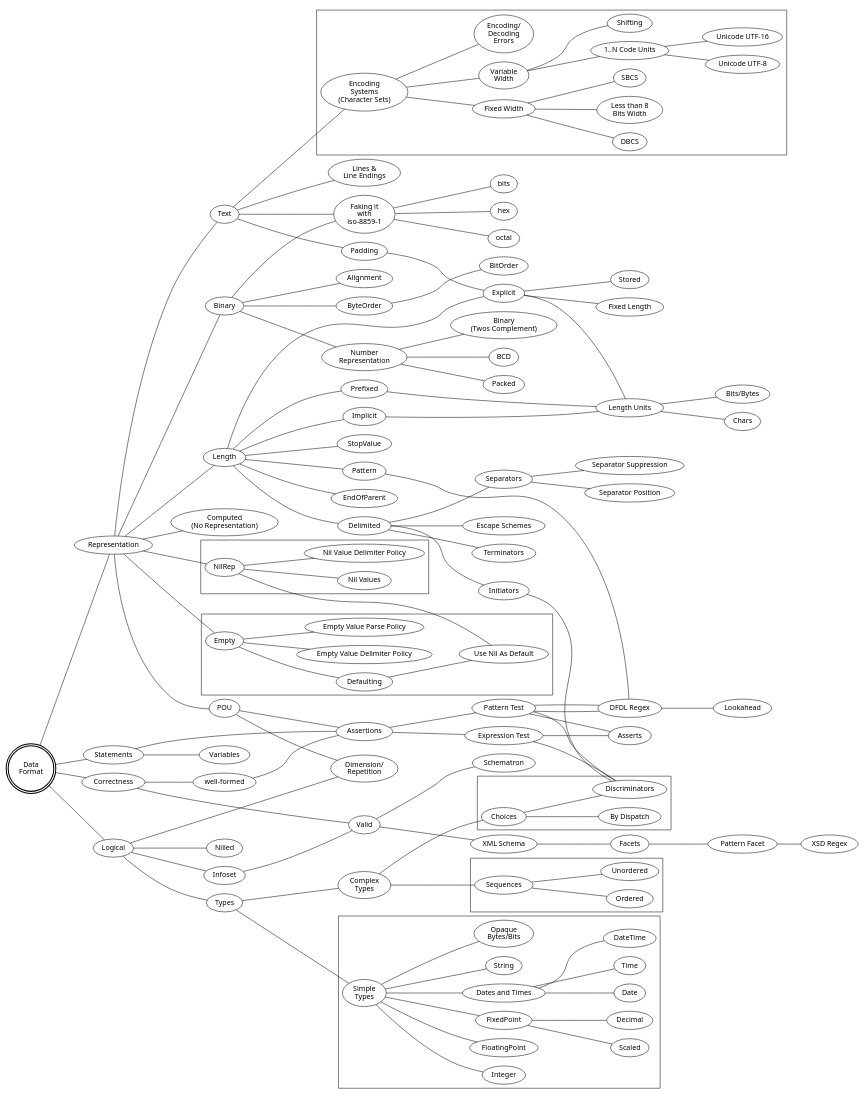
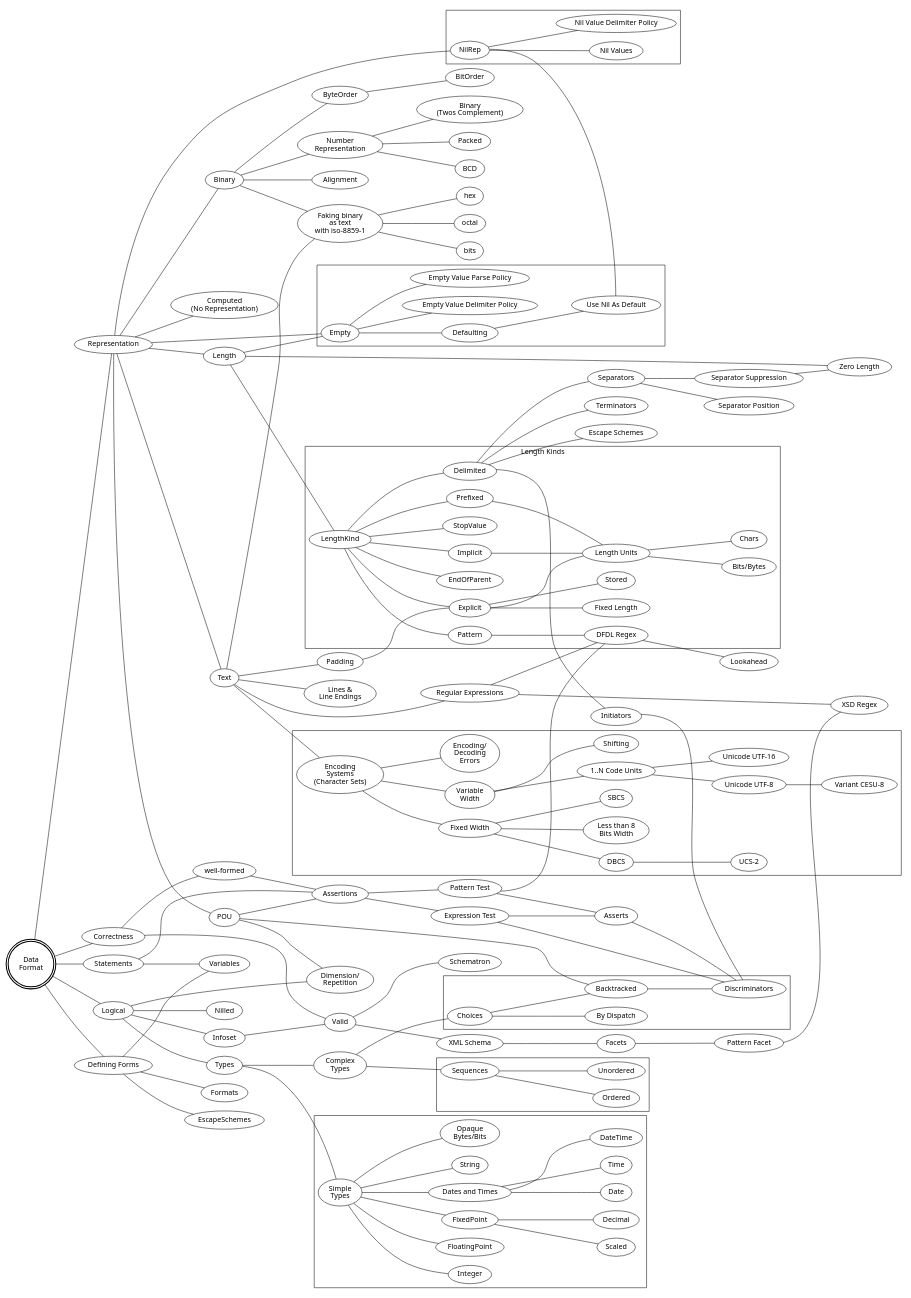
The first of 4 diagrams in site/dev/design-notes/data-format-outline.adoc (mbeckerle/daffodil-site), drawn with Graphviz before and after one commit. The commit also changed other lines of this file, not shown here.

First line of the commit message:
Split up graphs

```diff
--- a/site/dev/design-notes/data-format-outline.adoc
+++ b/site/dev/design-notes/data-format-outline.adoc
@@ -26,8 +26,7 @@
-[graphviz,"dataFormat.svg",svg,svg-type=inline]
+[graphviz,"dataFormat",svg,svg-type=inline]
 ....
-digraph dataFormat1 {
-// layout = twopi
-// size = "7.5, 7.5"
+digraph dataFormat {
+layout = dot
 center=1
 overlap=scale
 splines=true
@@ -44,6 +43,7 @@
 DF -> Statements
 Statements -> Assertions
 Statements -> Variables
+DF -> "Defining Forms" -> Variables, EscapeSchemes, Formats
 DF -> Correctness
 Correctness -> WF
 WF[label="well-formed"]
@@ -78,9 +78,13 @@
 }
 
 subgraph length {
+Length -> LengthKind
+Length -> "Zero Length"
+Length -> Empty
+subgraph clusterLengthKind {
 label="Length Kinds"
 fontname="Noto Sans"
-Length -> Explicit, Implicit, Delimited, EndOfParent, Prefixed, Pattern, StopValue
+LengthKind -> Explicit, Implicit, Delimited, EndOfParent, Prefixed, Pattern, StopValue
 Explicit -> "Fixed Length"
 Explicit -> Stored
 "Length Units" -> "Bits/Bytes", Chars
@@ -88,6 +92,8 @@
 Prefixed -> "Length Units"
 Explicit -> "Length Units"
 Pattern -> "DFDL Regex"
+}
+"DFDL Regex"
 }
 
 subgraph representation {
@@ -106,7 +112,7 @@
 
 Delimited -> Initiators -> Discriminators
 Delimited -> Separators -> "Separator Position"
-Separators -> "Separator Suppression"
+Separators -> "Separator Suppression" -> "Zero Length"
 Delimited -> Terminators
 Delimited -> "Escape Schemes"
 
@@ -121,13 +127,14 @@
 
 FixedWidth [ label="Fixed Width" ]
 FixedWidth -> SBCS, DBCS
+DBCS -> "UCS-2"
 FixedWidth -> LessThan8
 LessThan8 [label="Less than 8\nBits Width"]
 Variable [ label="Variable\nWidth" ]
 Variable -> VCU
 VCU [ label="1..N Code Units"]
 Variable -> Shifting
-VCU -> "Unicode UTF-8"
+VCU -> "Unicode UTF-8" -> "Variant CESU-8"
 VCU -> "Unicode UTF-16"
 }
 
@@ -142,7 +149,7 @@
 BinNumberRep -> Packed, BCD
 Binary -> Alignment
 Binary -> Fake
-Fake[label="Faking it\nwith\niso-8859-1"]
+Fake[label="Faking binary\nas text \nwith iso-8859-1"]
 Fake -> BitsEncoding, HexEncoding, OctalEncoding
 BitsEncoding[label="bits"]
 HexEncoding[label="hex"]
@@ -164,18 +171,21 @@
 
 POU -> Assertions
 POU -> Dimension
-Assertions -> "Pattern Test" -> Discriminators
+POU -> Backtracked
+Asserts -> Discriminators
 Assertions -> "Expression Test" -> Discriminators
+Assertions -> "Pattern Test"
 "Pattern Test" -> "DFDL Regex"
 "Pattern Test" -> Asserts
 "Expression Test" -> Asserts
 subgraph clusterChoices {
-Choices -> Discriminators
+Choices -> Backtracked -> Discriminators
 Discriminators
 Choices -> "By Dispatch"
 }
 
-"Pattern Test" -> "DFDL Regex"
+Text -> "Regular Expressions" -> "DFDL Regex", "XSD Regex"
+
 "DFDL Regex" -> Lookahead
 
 subgraph clusterSimpleTypes {
```
